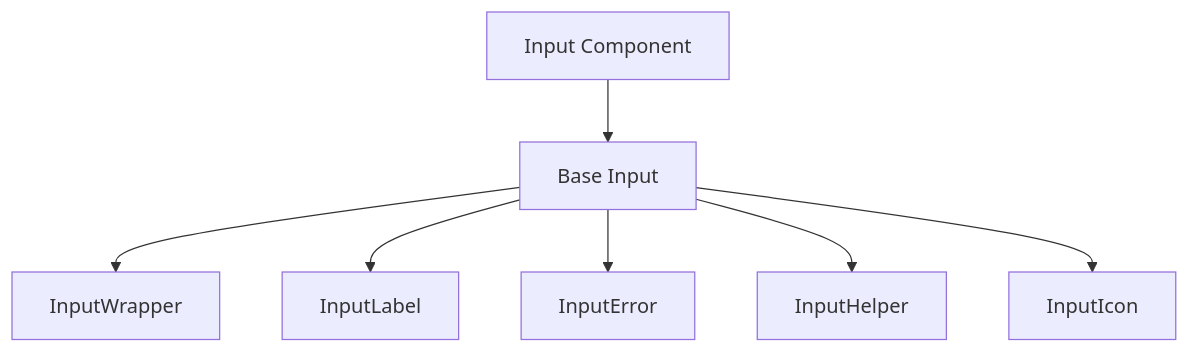
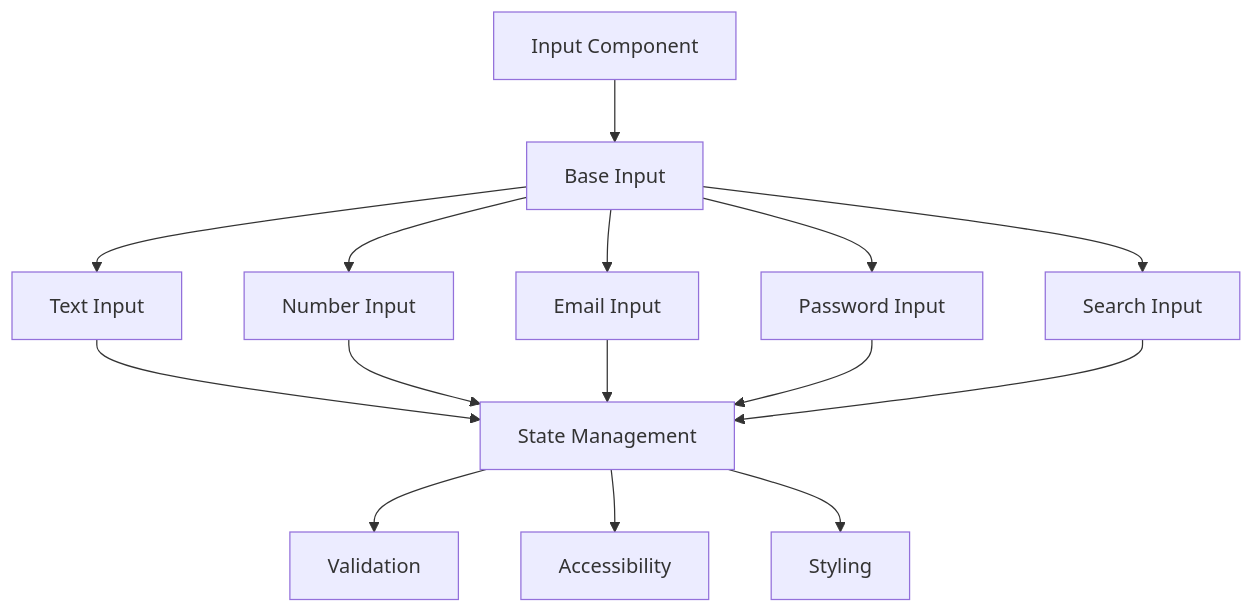
The first of 3 diagrams in DOCS/components/forms/Input.md (gedeza/thrive-send), drawn with Mermaid before and after one commit. The commit also changed other lines of this file and 25 other files, not shown here.

````diff
--- a/DOCS/components/forms/Input.md
+++ b/DOCS/components/forms/Input.md
@@ -11,9 +20,19 @@
 ```mermaid
 graph TD
     A[Input Component] --> B[Base Input]
-    B --> C[InputWrapper]
-    B --> D[InputLabel]
-    B --> E[InputError]
-    B --> F[InputHelper]
-    B --> G[InputIcon]
+    B --> C[Text Input]
+    B --> D[Number Input]
+    B --> E[Email Input]
+    B --> F[Password Input]
+    B --> G[Search Input]
+    
+    C --> H[State Management]
+    D --> H
+    E --> H
+    F --> H
+    G --> H
+    
+    H --> I[Validation]
+    H --> J[Accessibility]
+    H --> K[Styling]
 ```
````
